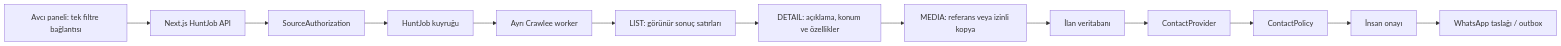
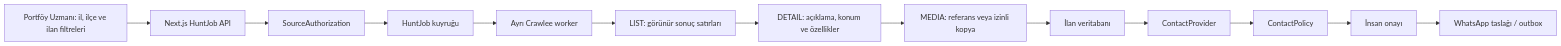
One commit to efeerenakar0/jpp changed the diagram in docs/AVCI_CRAWLEE_ARCHITECTURE.md. Above: the diagram before and after it, drawn with Mermaid. The commit also changed other lines of this file and 34 other files, not shown here.

````diff
--- a/docs/AVCI_CRAWLEE_ARCHITECTURE.md
+++ b/docs/AVCI_CRAWLEE_ARCHITECTURE.md
@@ -9,29 +9,29 @@
 ```mermaid
 flowchart LR
-    UI["Avcı paneli: tek filtre bağlantısı"]
+    UI["Portföy Uzmanı: il, ilçe ve ilan filtreleri"]
     API["Next.js HuntJob API"]
     AUTH["SourceAuthorization"]
     QUEUE["HuntJob kuyruğu"]
     WORKER["Ayrı Crawlee worker"]
     LIST["LIST: görünür sonuç satırları"]
     DETAIL["DETAIL: açıklama, konum ve özellikler"]
     MEDIA["MEDIA: referans veya izinli kopya"]
     DB["İlan veritabanı"]
     CP["ContactProvider"]
     POLICY["ContactPolicy"]
     HUMAN["İnsan onayı"]
     OUTBOX["WhatsApp taslağı / outbox"]
 
     UI --> API
     API --> AUTH
     AUTH --> QUEUE
     QUEUE --> WORKER
     WORKER --> LIST
     LIST --> DETAIL
     DETAIL --> MEDIA
     MEDIA --> DB
     DB --> CP
     CP --> POLICY
     POLICY --> HUMAN
     HUMAN --> OUTBOX
 ```
````
